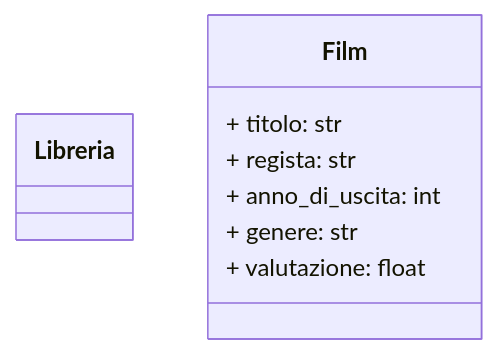
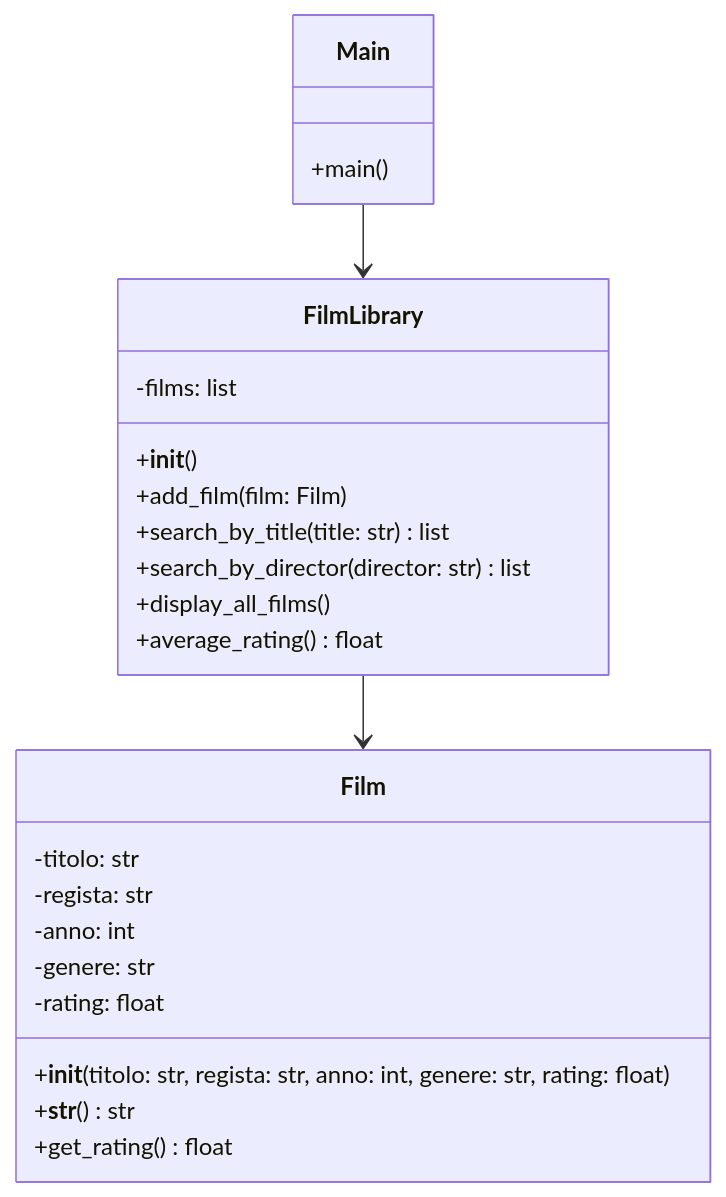
Before and after one commit to LorenzoPezzolesi/esercizi_python_4M: the diagram in ```mermaid_es_24.md, drawn with Mermaid. The commit also changed 1 other file, not shown here.

````diff
--- a/```mermaid_es_24.md
+++ b/```mermaid_es_24.md
@@ -1,16 +1,30 @@
 ```mermaid
 classDiagram
-    class Libreria{
-    
-    
-    
-    }
-    class Film{
-    + titolo: str
-    + regista: str
-    + anno_di_uscita: int
-    + genere: str
-    + valutazione: float
+    class Film {
+        -titolo: str
+        -regista: str
+        -anno: int
+        -genere: str
+        -rating: float
+        +__init__(titolo: str, regista: str, anno: int, genere: str, rating: float)
+        +__str__() str
+        +get_rating() float
     }
 
+    class FilmLibrary {
+        -films: list
+        +__init__()
+        +add_film(film: Film)
+        +search_by_title(title: str) list
+        +search_by_director(director: str) list
+        +display_all_films()
+        +average_rating() float
+    }
+
+    class Main {
+        +main()
+    }
+
+    FilmLibrary --> Film
+    Main --> FilmLibrary
 ```
````
